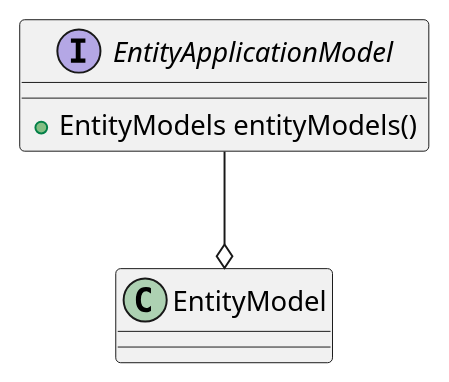
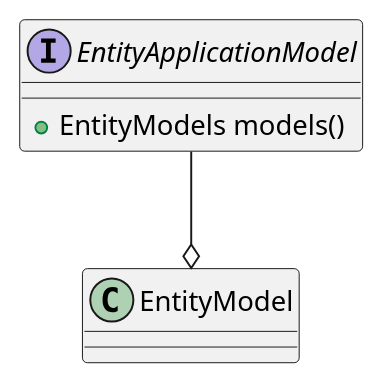
One commit to codion-is/codion changed the diagram in documentation/src/docs/asciidoc/manual/framework-entity-application-model.adoc. Above: the diagram before and after it, drawn with PlantUML. The commit also changed 25 other files, not shown here.

Commit message:
EntityApplicationModel.entityModels() renamed models() EntityApplicationPanel.entityPanels() renamed panels()

```diff
--- a/documentation/src/docs/asciidoc/manual/framework-entity-application-model.adoc
+++ b/documentation/src/docs/asciidoc/manual/framework-entity-application-model.adoc
@@ -4,8 +4,8 @@
 [plantuml,entity-application-model-diagram,svg,align=center]
 -------------------------------------------
 interface EntityApplicationModel {
-    +EntityModels entityModels()
+    +EntityModels models()
 }
 
 EntityApplicationModel --o EntityModel
 -------------------------------------------
```
